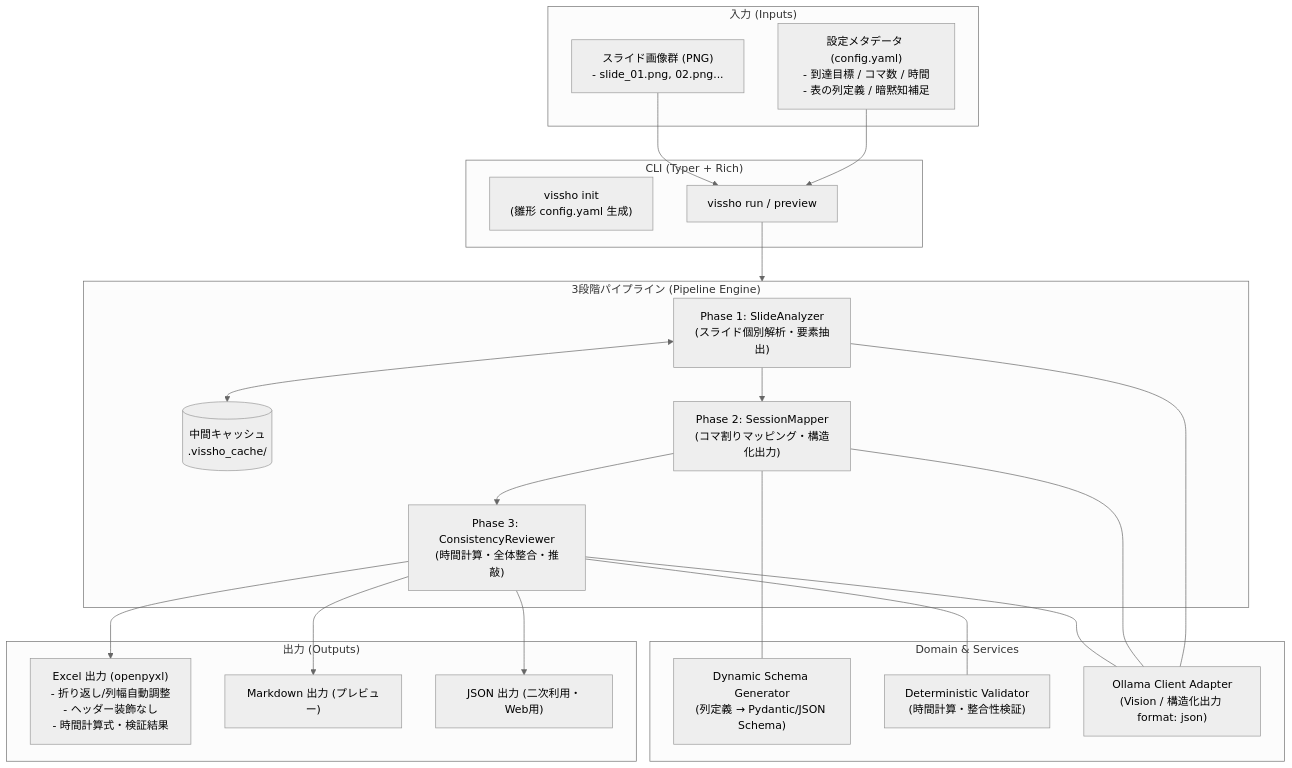
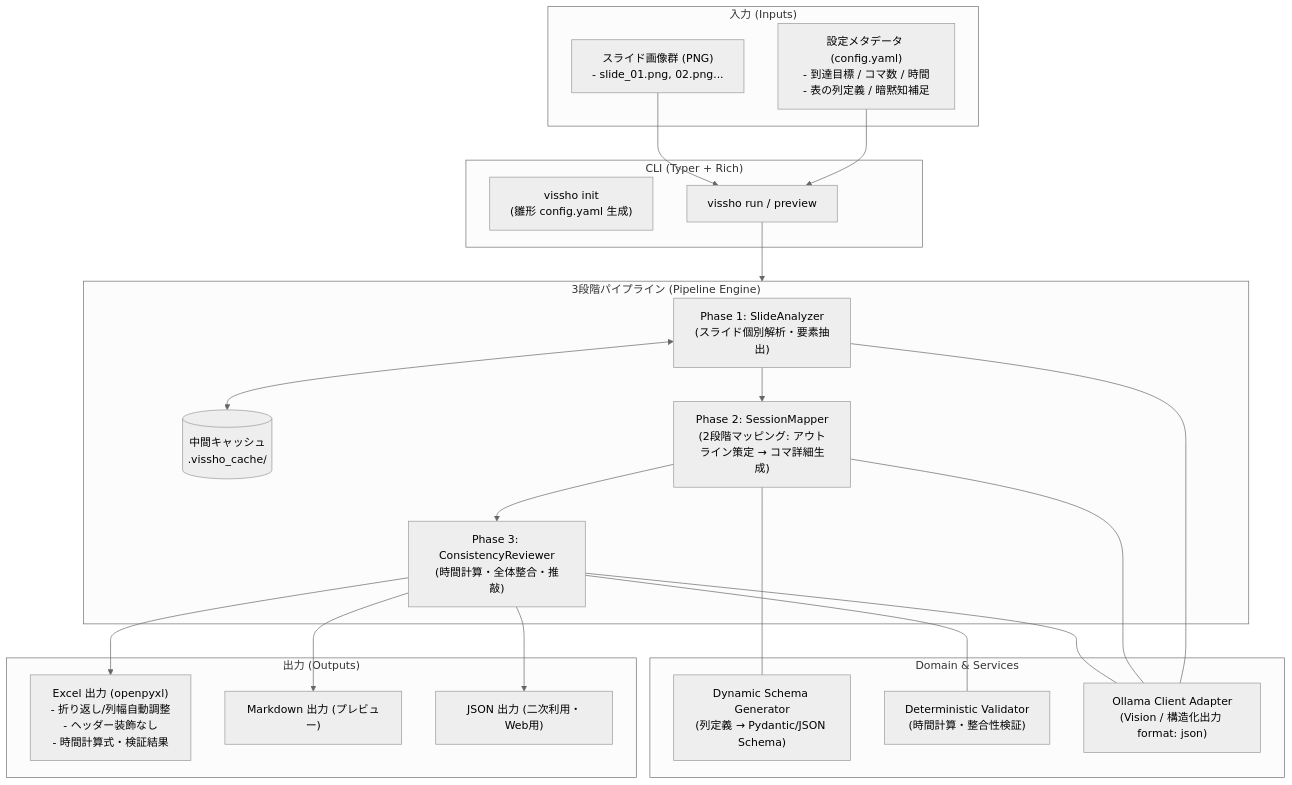
The diagram in AGENTS.md (yasumichi/vissho), drawn with Mermaid (neutral theme) before and after one commit. The commit also changed other lines of this file and 11 other files, not shown here.

First line of the commit message:
refactor(phase2): refactor Phase 2 architecture to two-step mapping approach

````diff
--- a/AGENTS.md
+++ b/AGENTS.md
@@ -30,49 +30,49 @@
 ```mermaid
 flowchart TD
     subgraph Inputs["入力 (Inputs)"]
         Config["設定メタデータ (config.yaml)<br/>- 到達目標 / コマ数 / 時間<br/>- 表の列定義 / 暗黙知補足"]
         Slides["スライド画像群 (PNG)<br/>- slide_01.png, 02.png..."]
     end
 
     subgraph CLI["CLI (Typer + Rich)"]
         InitCmd["vissho init<br/>(雛形 config.yaml 生成)"]
         RunCmd["vissho run / preview"]
     end
 
     subgraph Pipeline["3段階パイプライン (Pipeline Engine)"]
         P1["Phase 1: SlideAnalyzer<br/>(スライド個別解析・要素抽出)"]
         Cache[("中間キャッシュ<br/>.vissho_cache/")]
-        P2["Phase 2: SessionMapper<br/>(コマ割りマッピング・構造化出力)"]
+        P2["Phase 2: SessionMapper<br/>(2段階マッピング: アウトライン策定 → コマ詳細生成)"]
         P3["Phase 3: ConsistencyReviewer<br/>(時間計算・全体整合・推敲)"]
 
         P1 <--> Cache
         P1 --> P2
         P2 --> P3
     end
 
     subgraph Core["Domain & Services"]
         SchemaGen["Dynamic Schema Generator<br/>(列定義 → Pydantic/JSON Schema)"]
         Validator["Deterministic Validator<br/>(時間計算・整合性検証)"]
         OllamaAdapter["Ollama Client Adapter<br/>(Vision / 構造化出力 format: json)"]
     end
 
     subgraph Outputs["出力 (Outputs)"]
         Excel["Excel 出力 (openpyxl)<br/>- 折り返し/列幅自動調整<br/>- ヘッダー装飾なし<br/>- 時間計算式・検証結果"]
         MD["Markdown 出力 (プレビュー)"]
         JSON["JSON 出力 (二次利用・Web用)"]
     end
 
     Config --> RunCmd
     Slides --> RunCmd
     RunCmd --> Pipeline
 
     P1 --- OllamaAdapter
     P2 --- SchemaGen
     P2 --- OllamaAdapter
     P3 --- Validator
     P3 --- OllamaAdapter
 
     P3 --> Excel
     P3 --> MD
     P3 --> JSON
 ```
````
